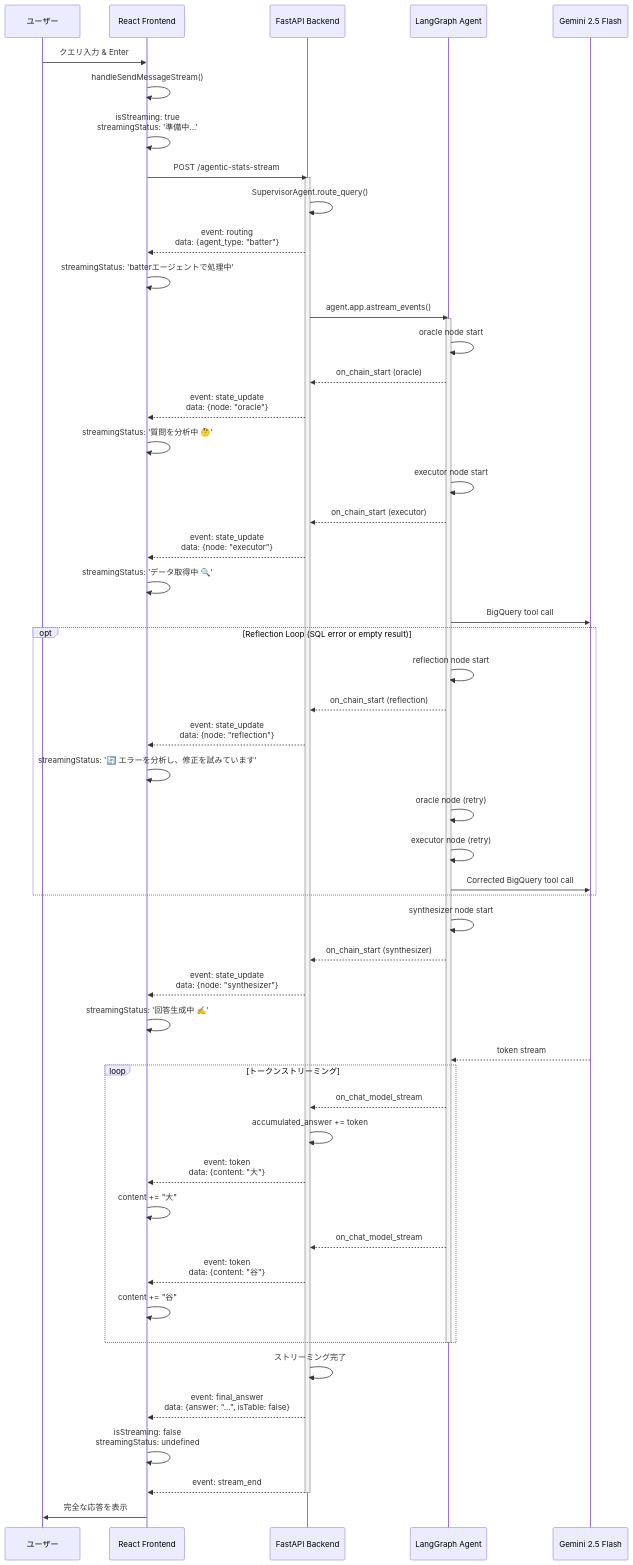
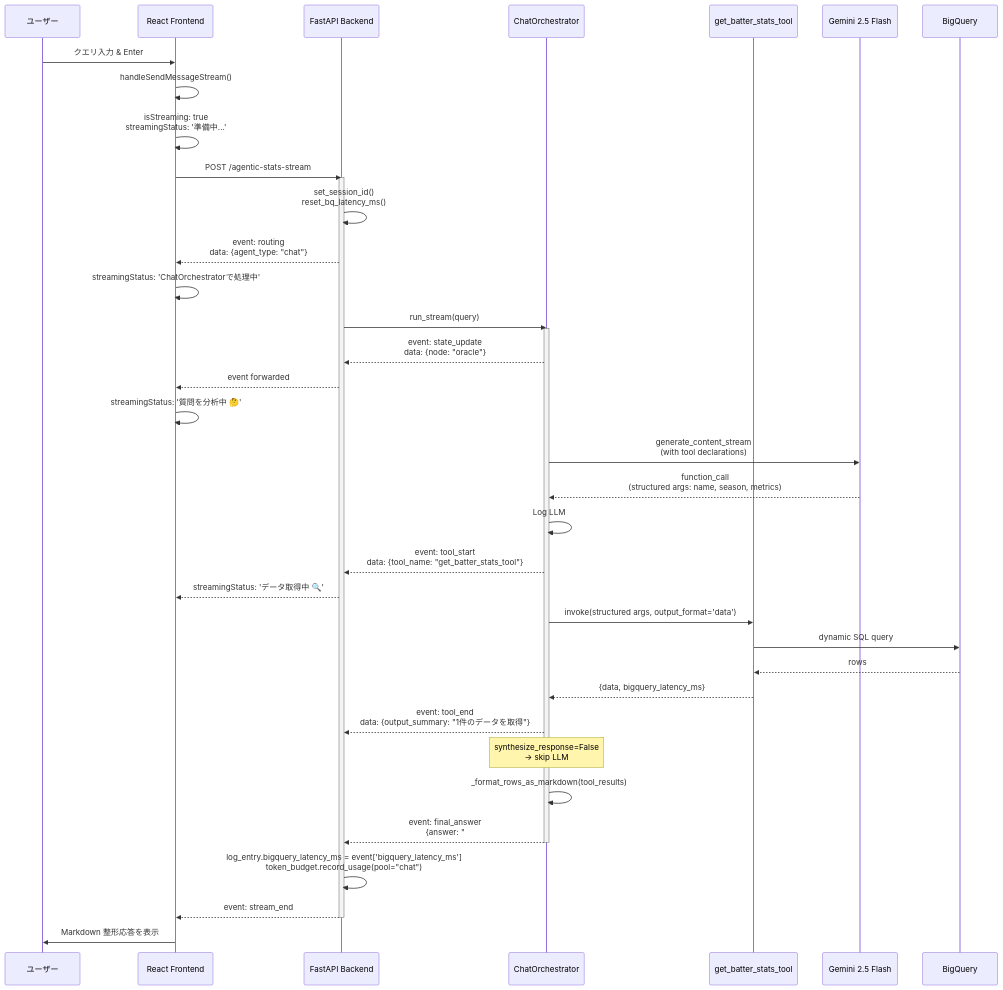
Before and after one commit to takeshimx/diamond-lens: the second of 5 diagrams in README_architecture.md, drawn with Mermaid. The commit also changed other lines of this file and 31 other files, not shown here.

````diff
--- a/README_architecture.md
+++ b/README_architecture.md
@@ -399,67 +413,51 @@
 ```mermaid
 sequenceDiagram
     participant User as ユーザー
     participant Frontend as React Frontend
     participant Backend as FastAPI Backend
-    participant LangGraph as LangGraph Agent
+    participant Orch as ChatOrchestrator
+    participant Tool as get_batter_stats_tool
     participant LLM as Gemini 2.5 Flash
+    participant BQ as BigQuery
 
     User->>Frontend: クエリ入力 & Enter
     Frontend->>Frontend: handleSendMessageStream()
     Frontend->>Frontend: isStreaming: true<br/>streamingStatus: '準備中...'
 
     Frontend->>Backend: POST /agentic-stats-stream
     activate Backend
-    Backend->>Backend: SupervisorAgent.route_query()
-    Backend-->>Frontend: event: routing<br/>data: {agent_type: "batter"}
-    Frontend->>Frontend: streamingStatus: 'batterエージェントで処理中'
+    Backend->>Backend: set_session_id()<br/>reset_bq_latency_ms()
+    Backend-->>Frontend: event: routing<br/>data: {agent_type: "chat"}
+    Frontend->>Frontend: streamingStatus: 'ChatOrchestratorで処理中'
 
-    Backend->>LangGraph: agent.app.astream_events()
-    activate LangGraph
-    LangGraph->>LangGraph: oracle node start
-    LangGraph-->>Backend: on_chain_start (oracle)
-    Backend-->>Frontend: event: state_update<br/>data: {node: "oracle"}
+    Backend->>Orch: run_stream(query)
+    activate Orch
+    Orch-->>Backend: event: state_update<br/>data: {node: "oracle"}
+    Backend-->>Frontend: event forwarded
     Frontend->>Frontend: streamingStatus: '質問を分析中 🤔'
 
-    LangGraph->>LangGraph: executor node start
-    LangGraph-->>Backend: on_chain_start (executor)
-    Backend-->>Frontend: event: state_update<br/>data: {node: "executor"}
-    Frontend->>Frontend: streamingStatus: 'データ取得中 🔍'
+    Orch->>LLM: generate_content_stream<br/>(with tool declarations)
+    LLM-->>Orch: function_call<br/>(structured args: name, season, metrics)
+    Orch->>Orch: Log LLM #1 to BQ<br/>(parsed_player_name, parsed_season, etc.)
 
-    LangGraph->>LLM: BigQuery tool call
+    Orch-->>Backend: event: tool_start<br/>data: {tool_name: "get_batter_stats_tool"}
+    Backend-->>Frontend: streamingStatus: 'データ取得中 🔍'
 
-    opt Reflection Loop (SQL error or empty result)
-        LangGraph->>LangGraph: reflection node start
-        LangGraph-->>Backend: on_chain_start (reflection)
-        Backend-->>Frontend: event: state_update<br/>data: {node: "reflection"}
-        Frontend->>Frontend: streamingStatus: '🔄 エラーを分析し、修正を試みています'
-        LangGraph->>LangGraph: oracle node (retry)
-        LangGraph->>LangGraph: executor node (retry)
-        LangGraph->>LLM: Corrected BigQuery tool call
-    end
+    Orch->>Tool: invoke(structured args, output_format='data')
+    Tool->>BQ: dynamic SQL query
+    BQ-->>Tool: rows
+    Tool-->>Orch: {data, bigquery_latency_ms}
 
-    LangGraph->>LangGraph: synthesizer node start
-    LangGraph-->>Backend: on_chain_start (synthesizer)
-    Backend-->>Frontend: event: state_update<br/>data: {node: "synthesizer"}
-    Frontend->>Frontend: streamingStatus: '回答生成中 ✍️'
+    Orch-->>Backend: event: tool_end<br/>data: {output_summary: "1件のデータを取得"}
 
-    LLM-->>LangGraph: token stream
-    loop トークンストリーミング
-        LangGraph-->>Backend: on_chat_model_stream
-        Backend->>Backend: accumulated_answer += token
-        Backend-->>Frontend: event: token<br/>data: {content: "大"}
-        Frontend->>Frontend: content += "大"
-        LangGraph-->>Backend: on_chat_model_stream
-        Backend-->>Frontend: event: token<br/>data: {content: "谷"}
-        Frontend->>Frontend: content += "谷"
-    end
+    Note over Orch: synthesize_response=False<br/>→ skip LLM #2
 
-    deactivate LangGraph
-    Backend->>Backend: ストリーミング完了
-    Backend-->>Frontend: event: final_answer<br/>data: {answer: "...", isTable: false}
-    Frontend->>Frontend: isStreaming: false<br/>streamingStatus: undefined
+    Orch->>Orch: _format_rows_as_markdown(tool_results)
+    Orch-->>Backend: event: final_answer<br/>{answer: "### Aaron Judge / 2024年...",<br/>bigquery_latency_ms: 1502}
+    deactivate Orch
+    Backend->>Backend: log_entry.bigquery_latency_ms = event['bigquery_latency_ms']<br/>token_budget.record_usage(pool="chat")
 
     Backend-->>Frontend: event: stream_end
     deactivate Backend
-    Frontend->>User: 完全な応答を表示
+    Frontend->>User: Markdown 整形応答を表示
 ```
````
